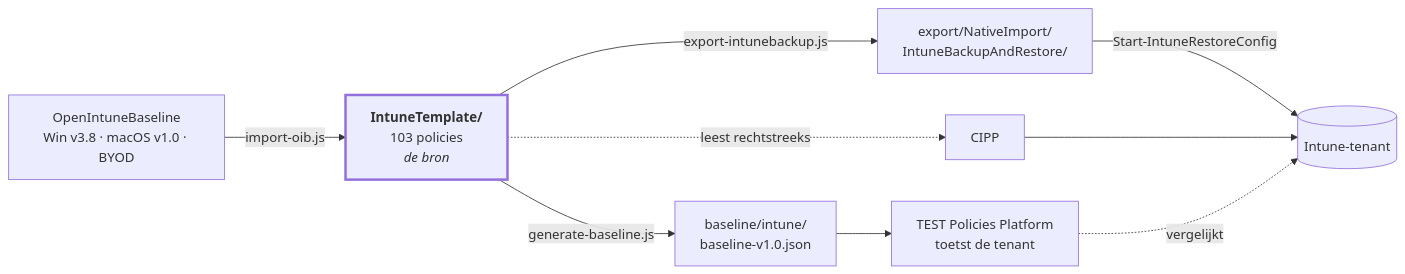
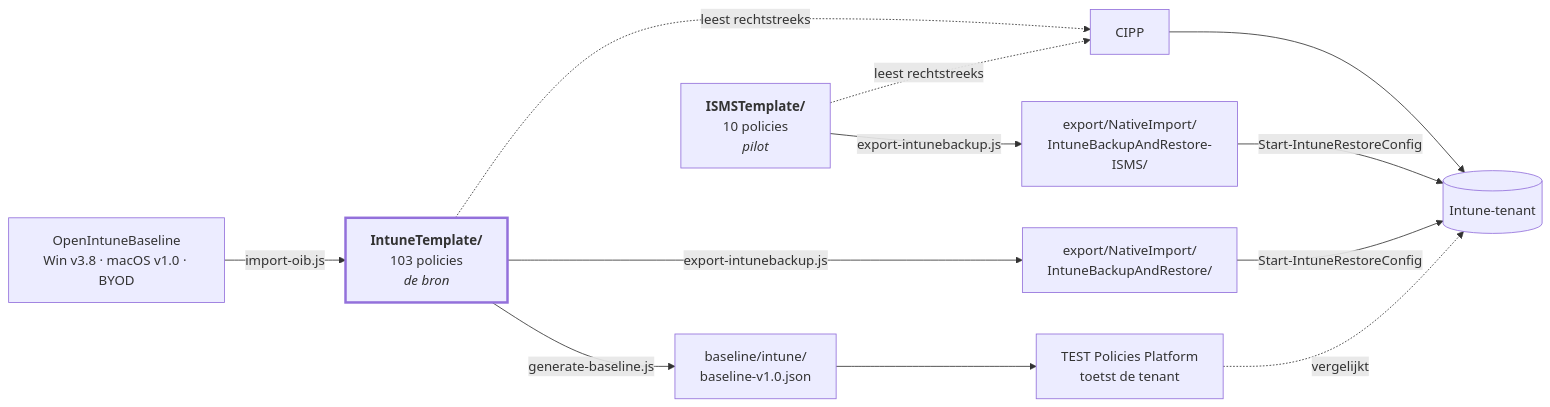
The diagram in README.md (sjkanon/IntuneBackup), drawn with Mermaid before and after one commit. The commit also changed other lines of this file and 28 other files, not shown here.

````diff
--- a/README.md
+++ b/README.md
@@ -17,19 +17,24 @@
 ```mermaid
 flowchart LR
   OIB["OpenIntuneBaseline<br/>Win v3.8 · macOS v1.0 · BYOD"]
   T["<b>IntuneTemplate/</b><br/>103 policies<br/><i>de bron</i>"]
   BL["baseline/intune/<br/>baseline-v1.0.json"]
   EX["export/NativeImport/<br/>IntuneBackupAndRestore/"]
   TENANT[("Intune-tenant")]
 
   OIB -->|import-oib.js| T
   T -->|generate-baseline.js| BL
   T -->|export-intunebackup.js| EX
   T -.->|leest rechtstreeks| CIPP[CIPP]
   BL --> PLAT["TEST Policies Platform<br/>toetst de tenant"]
   EX -->|Start-IntuneRestoreConfig| TENANT
   CIPP --> TENANT
   PLAT -.->|vergelijkt| TENANT
 
+  ISMS["<b>ISMSTemplate/</b><br/>10 policies<br/><i>pilot</i>"]
+  ISMS -->|export-intunebackup.js| EXI["export/NativeImport/<br/>IntuneBackupAndRestore-ISMS/"]
+  ISMS -.->|leest rechtstreeks| CIPP
+  EXI -->|Start-IntuneRestoreConfig| TENANT
+
   style T stroke-width:3px
 ```
````
